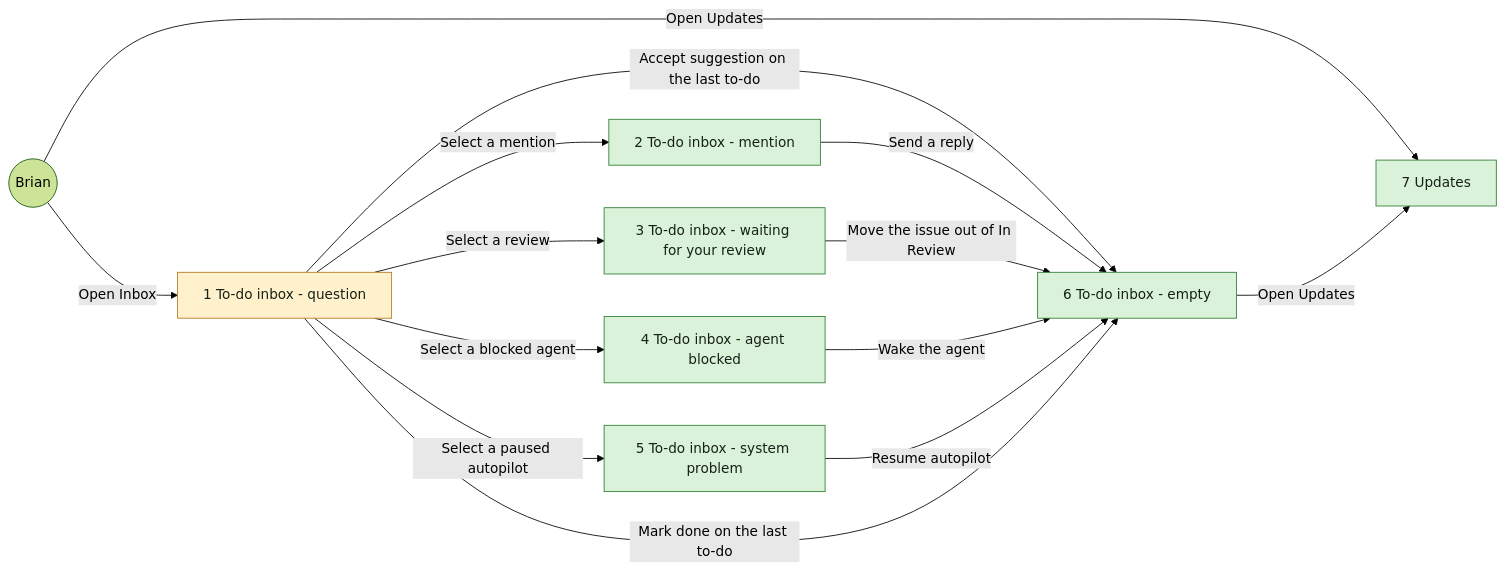
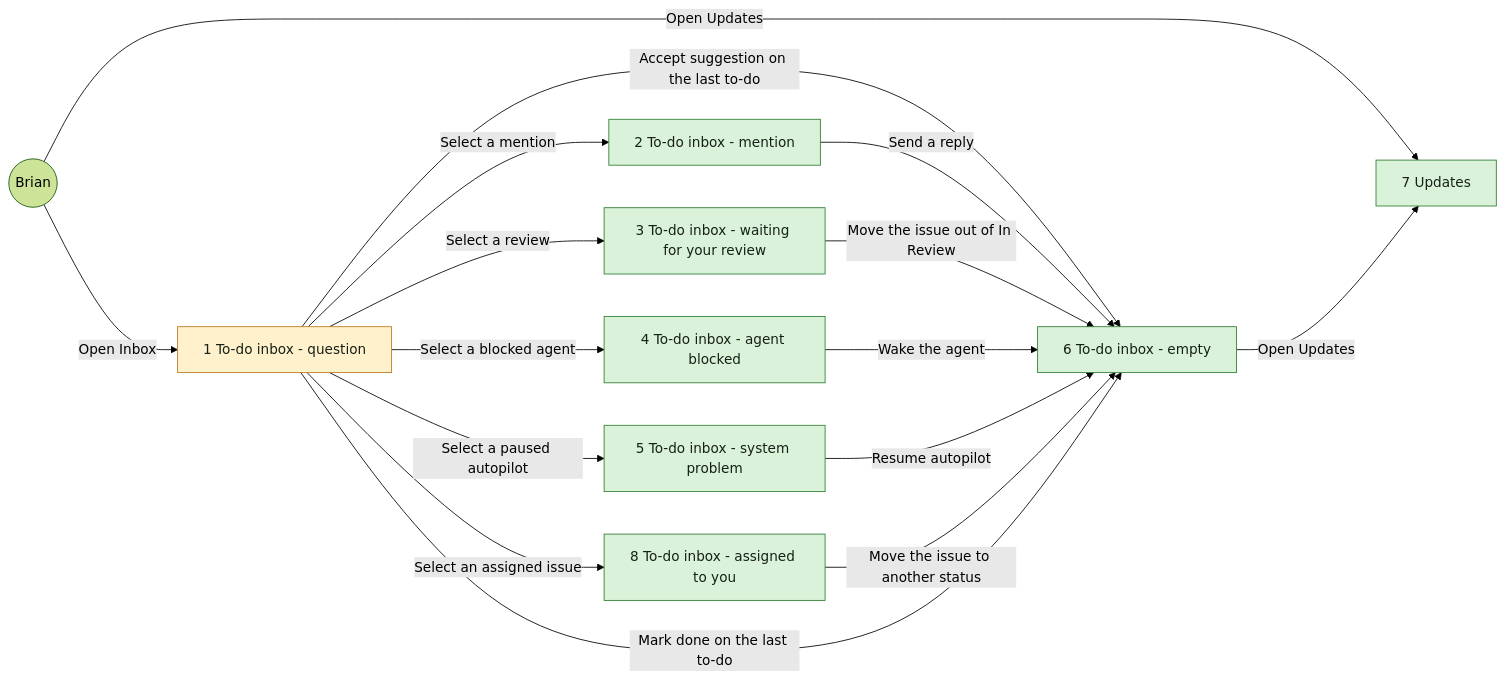
Before and after one commit to appboypov/multica: the diagram in designs/screens/todo-inbox.md, drawn with Mermaid (forest theme). The commit also changed other lines of this file and 2 other files, not shown here.

Commit message:
design(inbox): detail of an assigned-issue to-do (WORK-472)

````diff
--- a/designs/screens/todo-inbox.md
+++ b/designs/screens/todo-inbox.md
@@ -7,26 +7,29 @@
 ```mermaid
 flowchart LR
 classDef new fill:#d9f2d9,stroke:#2e7d32,color:#172117
 classDef changed fill:#fff1cc,stroke:#b7791f,color:#172117
 B((Brian))
 S1[1 To-do inbox - question]:::changed
 S2[2 To-do inbox - mention]:::new
 S3[3 To-do inbox - waiting for your review]:::new
 S4[4 To-do inbox - agent blocked]:::new
 S5[5 To-do inbox - system problem]:::new
 S6[6 To-do inbox - empty]:::new
 S7[7 Updates]:::new
+S8[8 To-do inbox - assigned to you]:::new
 B -->|Open Inbox| S1
 B -->|Open Updates| S7
 S1 -->|Select a mention| S2
 S1 -->|Select a review| S3
 S1 -->|Select a blocked agent| S4
 S1 -->|Select a paused autopilot| S5
+S1 -->|Select an assigned issue| S8
 S1 -->|Accept suggestion on the last to-do| S6
 S2 -->|Send a reply| S6
 S3 -->|Move the issue out of In Review| S6
 S4 -->|Wake the agent| S6
 S5 -->|Resume autopilot| S6
+S8 -->|Move the issue to another status| S6
 S1 -->|Mark done on the last to-do| S6
 S6 -->|Open Updates| S7
 ```
````
